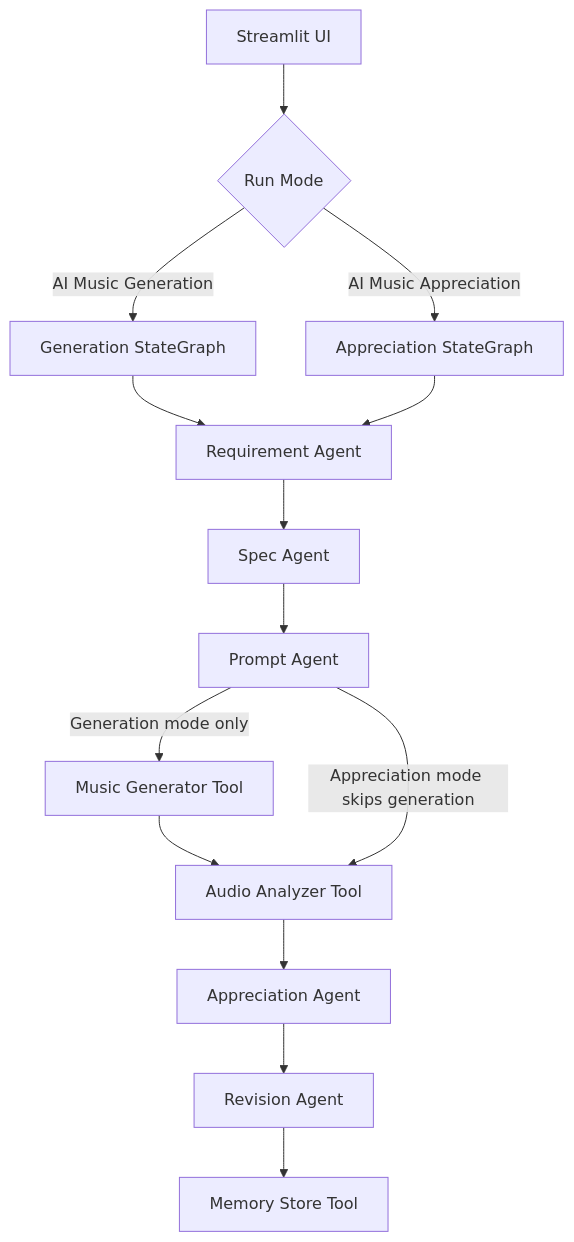
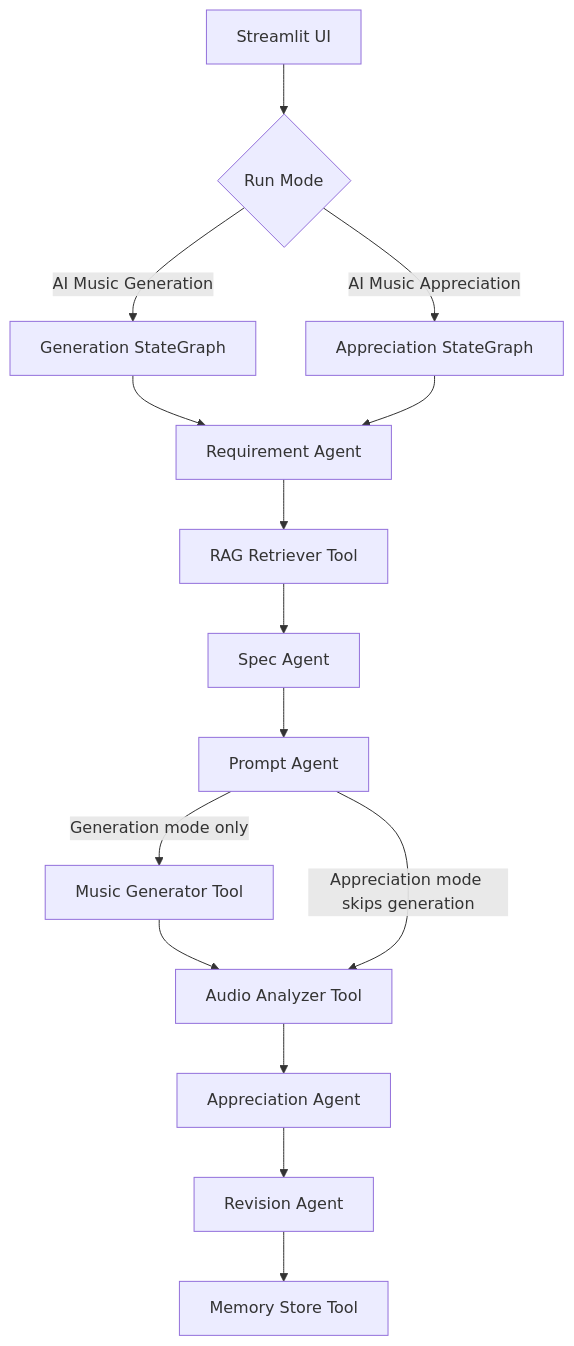
One commit to yangbiubiu4225-code/cs599-project changed the diagram in docs/architecture.md. Above: the diagram before and after it, drawn with Mermaid. The commit also changed other lines of this file and 17 other files, not shown here.

````diff
--- a/docs/architecture.md
+++ b/docs/architecture.md
@@ -7,16 +7,17 @@
 ```mermaid
 flowchart TD
     A["Streamlit UI"] --> B{"Run Mode"}
     B -->|"AI Music Generation"| C["Generation StateGraph"]
     B -->|"AI Music Appreciation"| D["Appreciation StateGraph"]
     C --> E["Requirement Agent"]
     D --> E
-    E --> F["Spec Agent"]
+    E --> R["RAG Retriever Tool"]
+    R --> F["Spec Agent"]
     F --> G["Prompt Agent"]
     G -->|"Generation mode only"| H["Music Generator Tool"]
     H --> I["Audio Analyzer Tool"]
     G -->|"Appreciation mode skips generation"| I
     I --> J["Appreciation Agent"]
     J --> K["Revision Agent"]
     K --> L["Memory Store Tool"]
 ```
````
